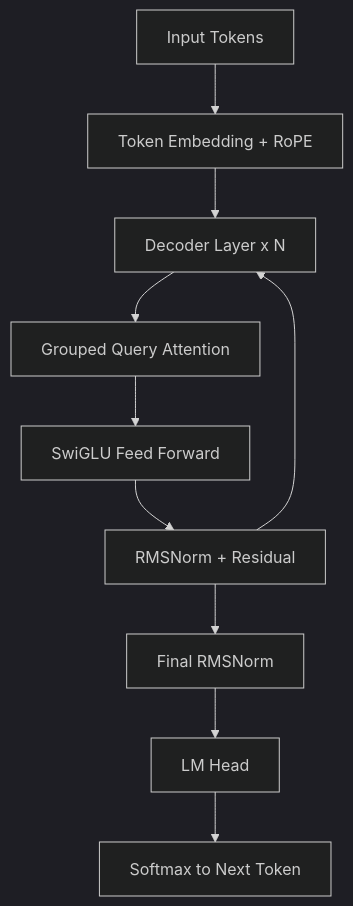
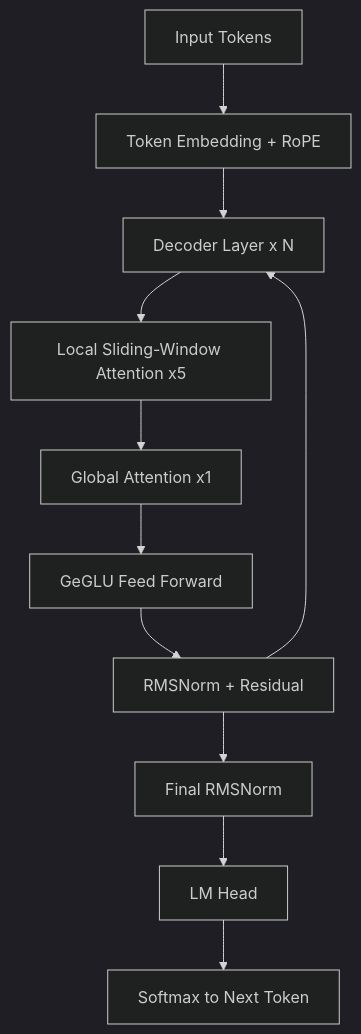
Before and after one commit to ronvoy/gen-ai: the first of 6 diagrams in report.md, drawn with Mermaid (dark theme). The commit also changed other lines of this file and 22 other files, not shown here.

````diff
--- a/report.md
+++ b/report.md
@@ -46,12 +48,13 @@
 ```mermaid
 graph TD
     A[Input Tokens] --> B[Token Embedding + RoPE]
     B --> C[Decoder Layer x N]
-    C --> D[Grouped Query Attention]
-    D --> E[SwiGLU Feed Forward]
-    E --> F[RMSNorm + Residual]
-    F --> C
-    F --> G[Final RMSNorm]
-    G --> H[LM Head]
-    H --> I[Softmax to Next Token]
+    C --> D[Local Sliding-Window Attention x5]
+    D --> E[Global Attention x1]
+    E --> F[GeGLU Feed Forward]
+    F --> G[RMSNorm + Residual]
+    G --> C
+    G --> H[Final RMSNorm]
+    H --> I[LM Head]
+    I --> J[Softmax to Next Token]
 ```
````
